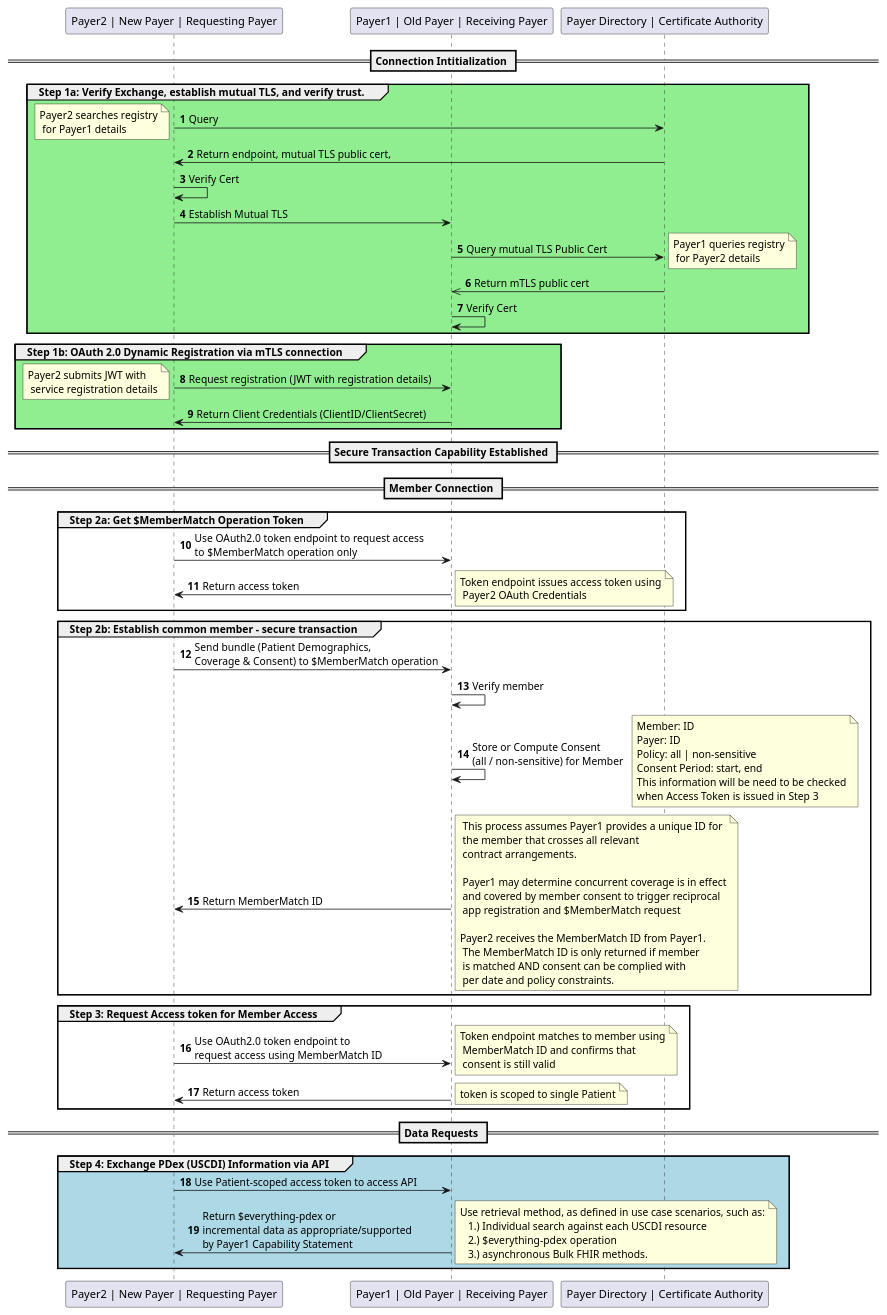
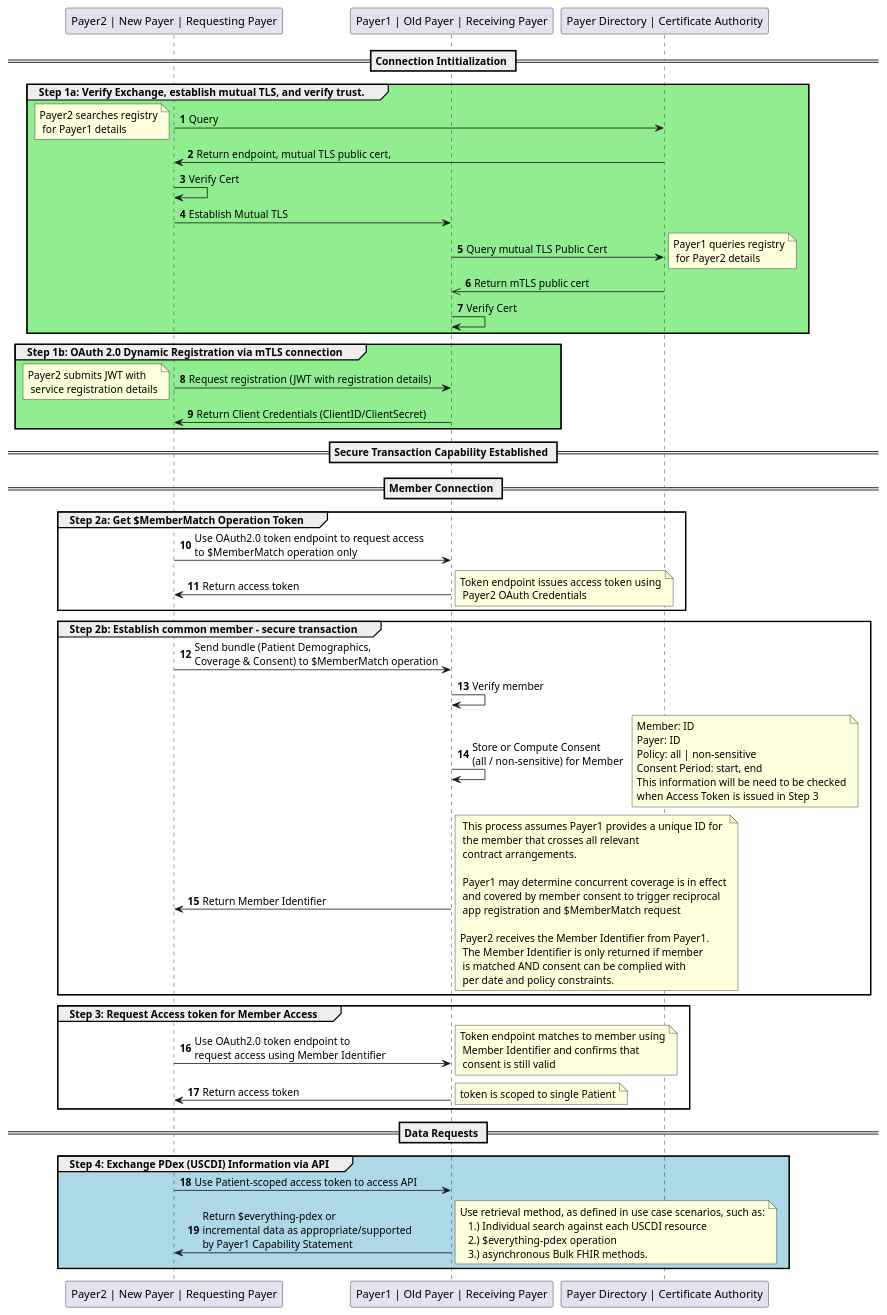
One commit to HL7/davinci-epdx changed the diagram in input/images-source/authorization-consent.plantuml. Above: the diagram before and after it, drawn with PlantUML. The commit also changed 1 other file, not shown here.

Commit message:
BallotRec-Vote6 Update to PayerToPayerExchange.md change MemberMatch ID to Member Identifier to be in sync with HRex IG

```diff
--- a/input/images-source/authorization-consent.plantuml
+++ b/input/images-source/authorization-consent.plantuml
@@ -1,98 +1,98 @@
 @startuml
 skinparam svgDimensionStyle false
 autonumber
 participant "Payer2 | New Payer | Requesting Payer" as Payer2
 participant "Payer1 | Old Payer | Receiving Payer" as Payer1
 participant "Payer Directory | Certificate Authority" as PayerDirectory
 == Connection Intitialization ==
 group #LightGreen Step 1a: Verify Exchange, establish mutual TLS, and verify trust.
 	Payer2 -> PayerDirectory : Query
   note left
   	Payer2 searches registry
     for Payer1 details
   endnote
 	PayerDirectory -> Payer2 : Return endpoint, mutual TLS public cert,
 	Payer2 -> Payer2 : Verify Cert
 	Payer2 -> Payer1 : Establish Mutual TLS
 	Payer1 -> PayerDirectory : Query mutual TLS Public Cert
   note right
   	Payer1 queries registry
     for Payer2 details
   endnote
 	PayerDirectory ->> Payer1 : Return mTLS public cert
 	Payer1 -> Payer1 : Verify Cert
 end
 group #lightGreen Step 1b: OAuth 2.0 Dynamic Registration via mTLS connection
 	Payer2 -> Payer1 : Request registration (JWT with registration details)
 	note left
   	Payer2 submits JWT with
     service registration details
   endnote
   Payer1 -> Payer2 : Return Client Credentials (ClientID/ClientSecret)
 
 end
 == Secure Transaction Capability Established ==
 
 == Member Connection ==
 group Step 2a: Get $MemberMatch Operation Token
 	Payer2 -> Payer1 : Use OAuth2.0 token endpoint to request access \nto $MemberMatch operation only
   Payer1 -> Payer2 : Return access token
   note right
   	Token endpoint issues access token using
     Payer2 OAuth Credentials
   endnote
 end
 group Step 2b: Establish common member - secure transaction
 	Payer2 -> Payer1 : Send bundle (Patient Demographics, \nCoverage & Consent) to $MemberMatch operation
 	Payer1 -> Payer1 : Verify member
   Payer1 -> Payer1 : Store or Compute Consent \n(all / non-sensitive) for Member
   note right
   Member: ID
   Payer: ID
   Policy: all | non-sensitive
   Consent Period: start, end
   This information will be need to be checked
   when Access Token is issued in Step 3
   endnote
 
-	Payer1 -> Payer2 : Return MemberMatch ID
+	Payer1 -> Payer2 : Return Member Identifier
   note right
     This process assumes Payer1 provides a unique ID for
     the member that crosses all relevant
     contract arrangements.
 
     Payer1 may determine concurrent coverage is in effect
     and covered by member consent to trigger reciprocal
     app registration and $MemberMatch request
 
-  	Payer2 receives the MemberMatch ID from Payer1.
-    The MemberMatch ID is only returned if member
+  	Payer2 receives the Member Identifier from Payer1.
+    The Member Identifier is only returned if member
     is matched AND consent can be complied with
     per date and policy constraints.
   endnote
 end
 
 group Step 3: Request Access token for Member Access
-	Payer2 -> Payer1 : Use OAuth2.0 token endpoint to \nrequest access using MemberMatch ID
+	Payer2 -> Payer1 : Use OAuth2.0 token endpoint to \nrequest access using Member Identifier
   note right
   	Token endpoint matches to member using
-    MemberMatch ID and confirms that
+    Member Identifier and confirms that
     consent is still valid
   endnote
   Payer1 -> Payer2 : Return access token
   note right
   	token is scoped to single Patient
   endnote
 end
 == Data Requests ==
 group #LightBlue Step 4: Exchange PDex (USCDI) Information via API
   Payer2 -> Payer1 : Use Patient-scoped access token to access API
 	Payer1 -> Payer2 : Return $everything-pdex or \nincremental data as appropriate/supported \nby Payer1 Capability Statement
   note right
   	Use retrieval method, as defined in use case scenarios, such as:
       1.) Individual search against each USCDI resource
       2.) $everything-pdex operation
       3.) asynchronous Bulk FHIR methods.
   endnote
 end
 @enduml
```
